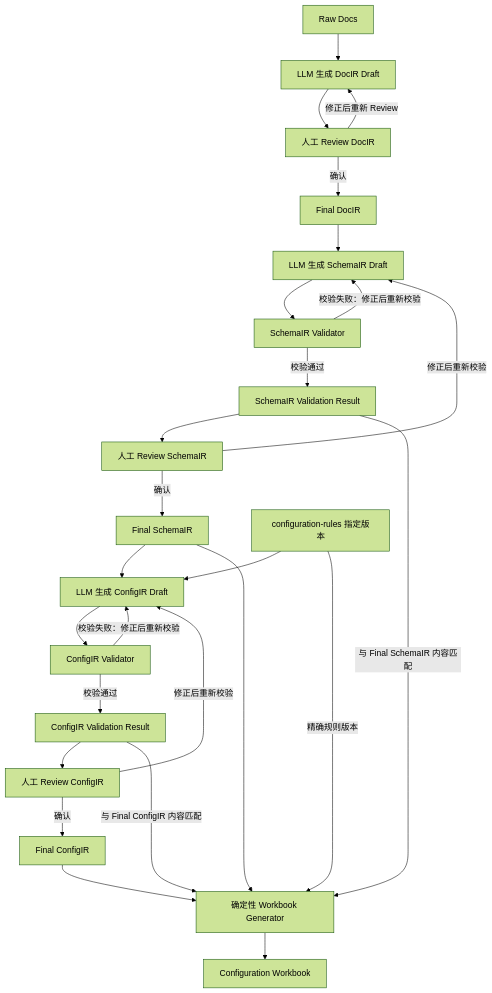
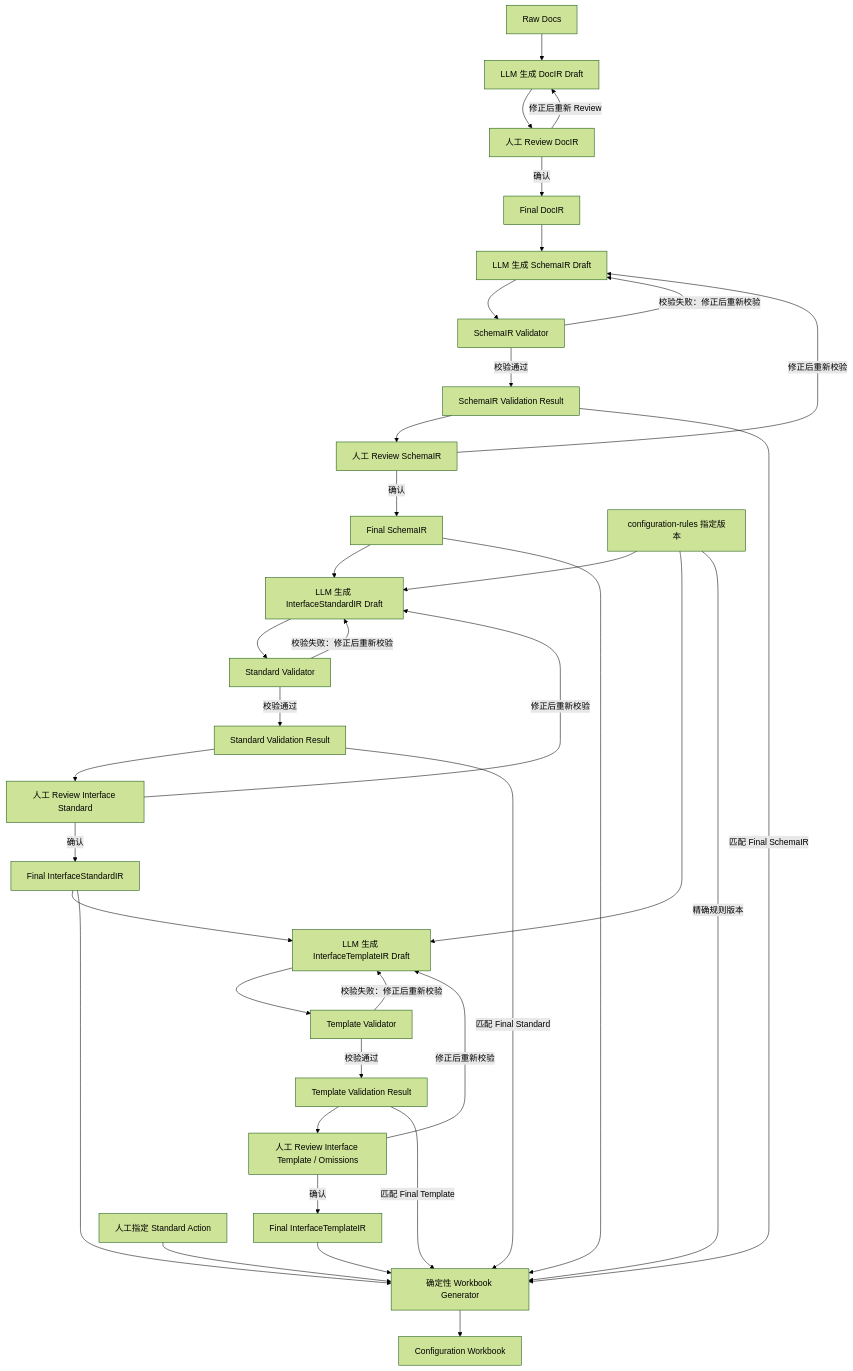
One commit to bank-config-compiler/bank-config-compiler changed the diagram in docs/01-requirements.md. Above: the diagram before and after it, drawn with Mermaid (forest theme). The commit also changed other lines of this file and 24 other files, not shown here.

````diff
--- a/docs/01-requirements.md
+++ b/docs/01-requirements.md
@@ -104,31 +168,43 @@
 ```mermaid
 flowchart TD
     A["Raw Docs"] --> B["LLM 生成 DocIR Draft"]
     B --> C["人工 Review DocIR"]
     C -->|"修正后重新 Review"| B
     C -->|"确认"| D["Final DocIR"]
 
     D --> E["LLM 生成 SchemaIR Draft"]
     E --> F["SchemaIR Validator"]
     F -->|"校验失败：修正后重新校验"| E
     F -->|"校验通过"| SV["SchemaIR Validation Result"]
     SV --> G["人工 Review SchemaIR"]
     G -->|"修正后重新校验"| E
     G -->|"确认"| H["Final SchemaIR"]
 
-    H --> I["LLM 生成 ConfigIR Draft"]
+    H --> I["LLM 生成 InterfaceStandardIR Draft"]
     R["configuration-rules 指定版本"] --> I
-    I --> J["ConfigIR Validator"]
+    I --> J["Standard Validator"]
     J -->|"校验失败：修正后重新校验"| I
-    J -->|"校验通过"| CV["ConfigIR Validation Result"]
-    CV --> K["人工 Review ConfigIR"]
+    J -->|"校验通过"| STV["Standard Validation Result"]
+    STV --> K["人工 Review Interface Standard"]
     K -->|"修正后重新校验"| I
-    K -->|"确认"| L["Final ConfigIR"]
+    K -->|"确认"| L["Final InterfaceStandardIR"]
 
-    H --> M["确定性 Workbook Generator"]
-    L --> M
-    SV -->|"与 Final SchemaIR 内容匹配"| M
-    CV -->|"与 Final ConfigIR 内容匹配"| M
-    R -->|"精确规则版本"| M
-    M --> N["Configuration Workbook"]
+    L --> M["LLM 生成 InterfaceTemplateIR Draft"]
+    R --> M
+    M --> N["Template Validator"]
+    N -->|"校验失败：修正后重新校验"| M
+    N -->|"校验通过"| TV["Template Validation Result"]
+    TV --> O["人工 Review Interface Template / Omissions"]
+    O -->|"修正后重新校验"| M
+    O -->|"确认"| P["Final InterfaceTemplateIR"]
+
+    H --> Q["确定性 Workbook Generator"]
+    L --> Q
+    P --> Q
+    SV -->|"匹配 Final SchemaIR"| Q
+    STV -->|"匹配 Final Standard"| Q
+    TV -->|"匹配 Final Template"| Q
+    R -->|"精确规则版本"| Q
+    X["人工指定 Standard Action"] --> Q
+    Q --> W["Configuration Workbook"]
 ```
````
